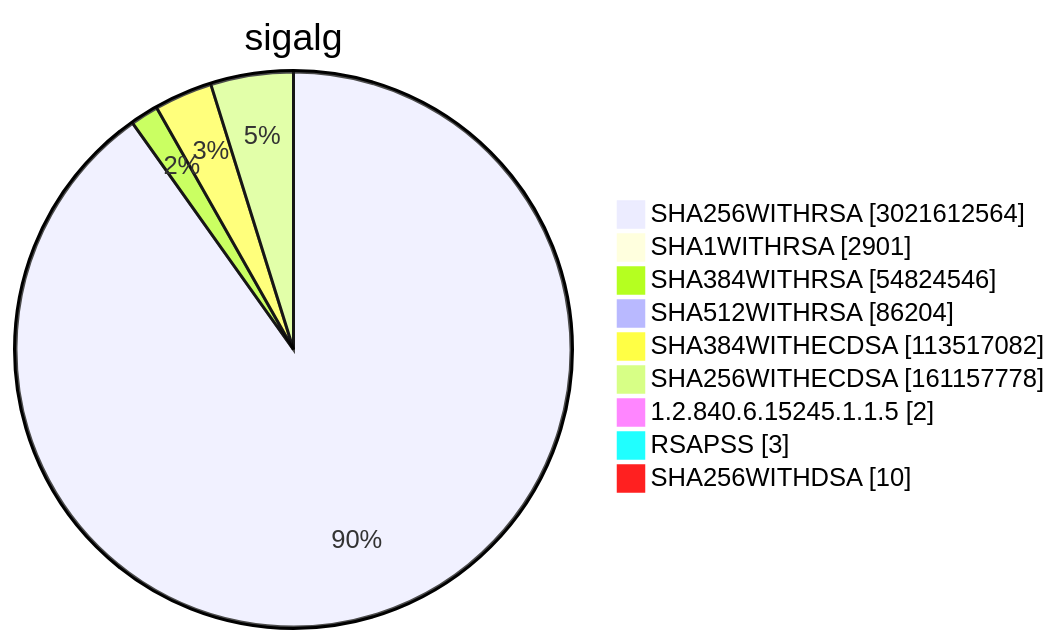
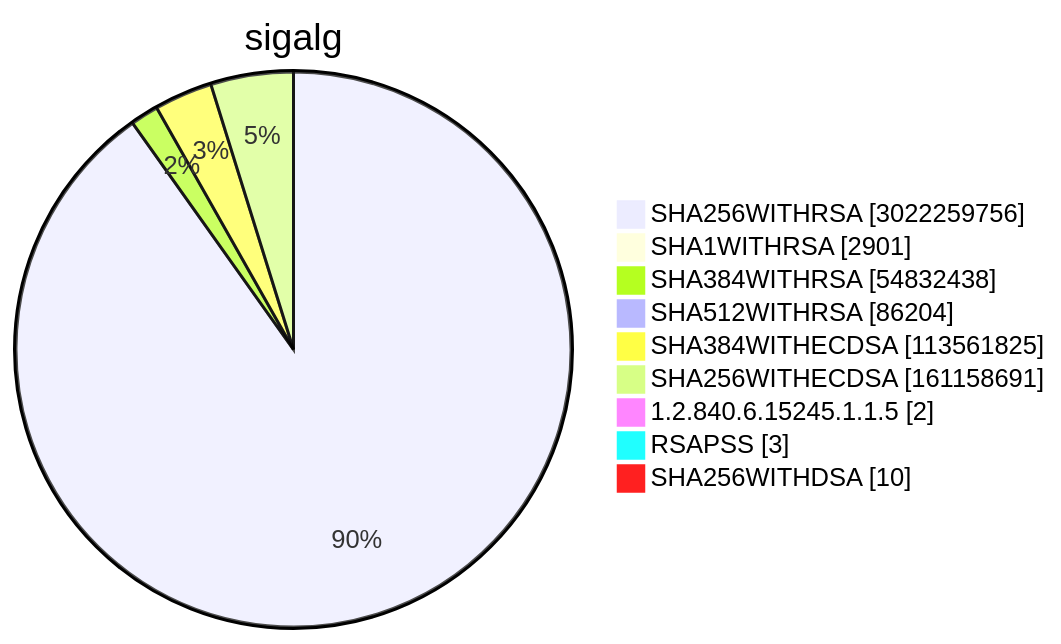
Diagram 15 of 15 in TOTAL/README.md (christiankrug/ctmonitor_visualization), drawn with Mermaid before and after one commit. The commit also changed other lines of this file, not shown here.

````diff
--- a/TOTAL/README.md
+++ b/TOTAL/README.md
@@ -6208,13 +6208,13 @@
 ```mermaid
 pie showData
 title sigalg
-"SHA256WITHRSA" :3021612564
+"SHA256WITHRSA" :3022259756
 "SHA1WITHRSA" :2901
-"SHA384WITHRSA" :54824546
+"SHA384WITHRSA" :54832438
 "SHA512WITHRSA" :86204
-"SHA384WITHECDSA" :113517082
-"SHA256WITHECDSA" :161157778
+"SHA384WITHECDSA" :113561825
+"SHA256WITHECDSA" :161158691
 "1.2.840.6.15245.1.1.5" :2
 "RSAPSS" :3
 "SHA256WITHDSA" :10
 ```
````
